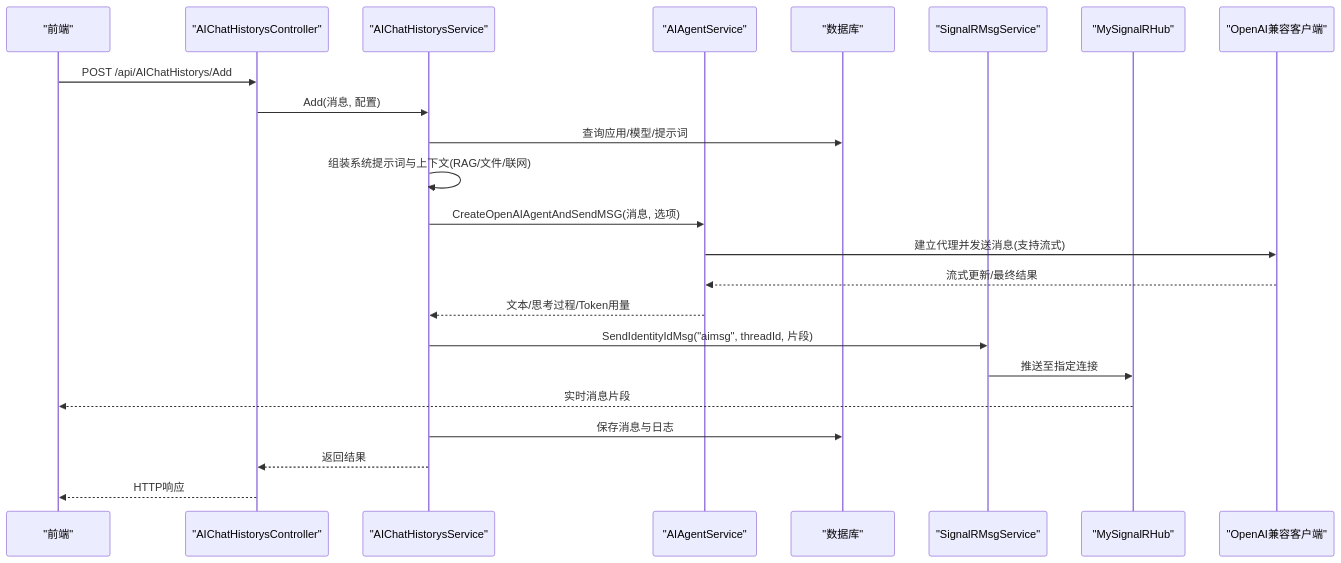
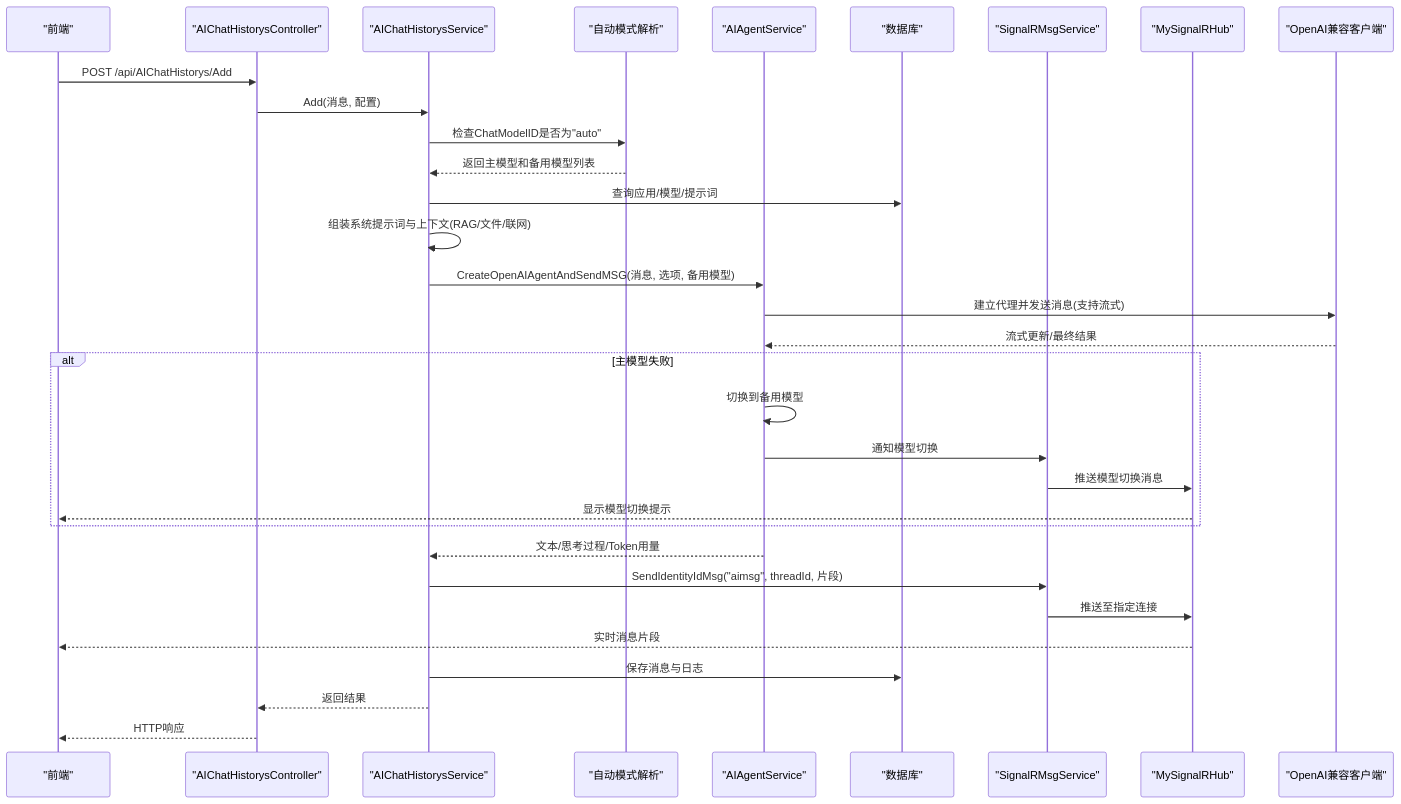
The second of 7 diagrams in .qoder/repowiki/zh/content/核心模块/AI智能助手/聊天对话.md (junkai-li/NetCoreKevin), drawn with Mermaid before and after one commit. The commit also changed other lines of this file and 7 other files, not shown here.

````diff
--- a/.qoder/repowiki/zh/content/核心模块/AI智能助手/聊天对话.md
+++ b/.qoder/repowiki/zh/content/核心模块/AI智能助手/聊天对话.md
@@ -90,25 +89,34 @@
 ```mermaid
 sequenceDiagram
 participant FE as "前端"
 participant Ctrl as "AIChatHistorysController"
 participant Svc as "AIChatHistorysService"
+participant Auto as "自动模式解析"
 participant Agent as "AIAgentService"
 participant DB as "数据库"
 participant SR as "SignalRMsgService"
 participant Hub as "MySignalRHub"
 participant OA as "OpenAI兼容客户端"
 FE->>Ctrl : POST /api/AIChatHistorys/Add
 Ctrl->>Svc : Add(消息, 配置)
+Svc->>Auto : 检查ChatModelID是否为"auto"
+Auto-->>Svc : 返回主模型和备用模型列表
 Svc->>DB : 查询应用/模型/提示词
 Svc->>Svc : 组装系统提示词与上下文(RAG/文件/联网)
-Svc->>Agent : CreateOpenAIAgentAndSendMSG(消息, 选项)
+Svc->>Agent : CreateOpenAIAgentAndSendMSG(消息, 选项, 备用模型)
 Agent->>OA : 建立代理并发送消息(支持流式)
 OA-->>Agent : 流式更新/最终结果
+alt 主模型失败
+Agent->>Agent : 切换到备用模型
+Agent->>SR : 通知模型切换
+SR->>Hub : 推送模型切换消息
+Hub-->>FE : 显示模型切换提示
+end
 Agent-->>Svc : 文本/思考过程/Token用量
 Svc->>SR : SendIdentityIdMsg("aimsg", threadId, 片段)
 SR->>Hub : 推送至指定连接
 Hub-->>FE : 实时消息片段
 Svc->>DB : 保存消息与日志
 Svc-->>Ctrl : 返回结果
 Ctrl-->>FE : HTTP响应
 ```
````
